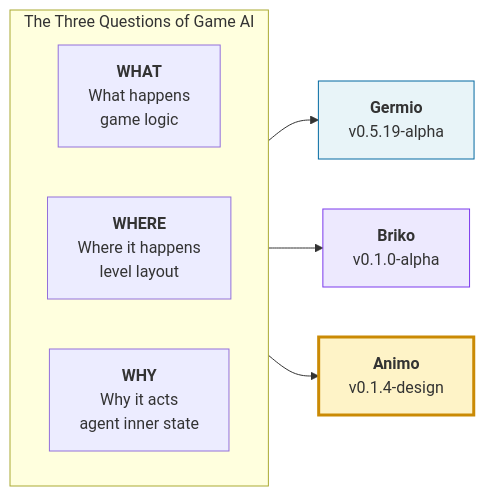
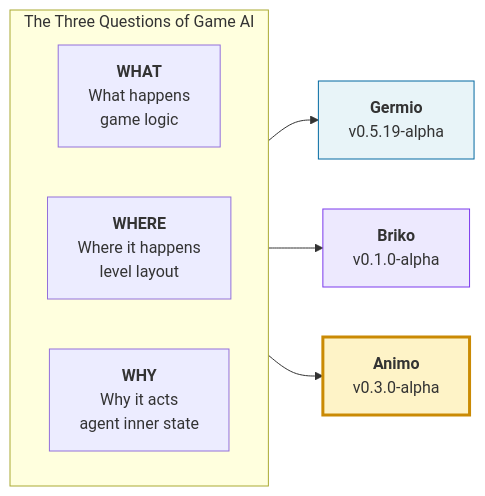
One commit to hiroxpepe/animo changed the first of 12 diagrams in README.md. Above: the diagram before and after it, drawn with Mermaid. The commit also changed other lines of this file and 17 other files, not shown here.

````diff
--- a/README.md
+++ b/README.md
@@ -28,18 +29,18 @@
 ```mermaid
 flowchart LR
   subgraph Q["The Three Questions of Game AI"]
     direction LR
     QW["<b>WHAT</b><br/>What happens<br/>game logic"]
     QH["<b>WHERE</b><br/>Where it happens<br/>level layout"]
     QY["<b>WHY</b><br/>Why it acts<br/>agent inner state"]
   end
   G["<b>Germio</b><br/>v0.5.19-alpha"]
   B["<b>Briko</b><br/>v0.1.0-alpha"]
-  A["<b>Animo</b><br/>v0.1.4-design"]
+  A["<b>Animo</b><br/>v0.3.0-alpha"]
   QW --> G
   QH --> B
   QY --> A
   style A fill:#fef3c7,stroke:#ca8a04,stroke-width:3px
   style G fill:#e8f4f8,stroke:#0369a1
   style B fill:#ede9fe,stroke:#7c3aed
 ```
````
